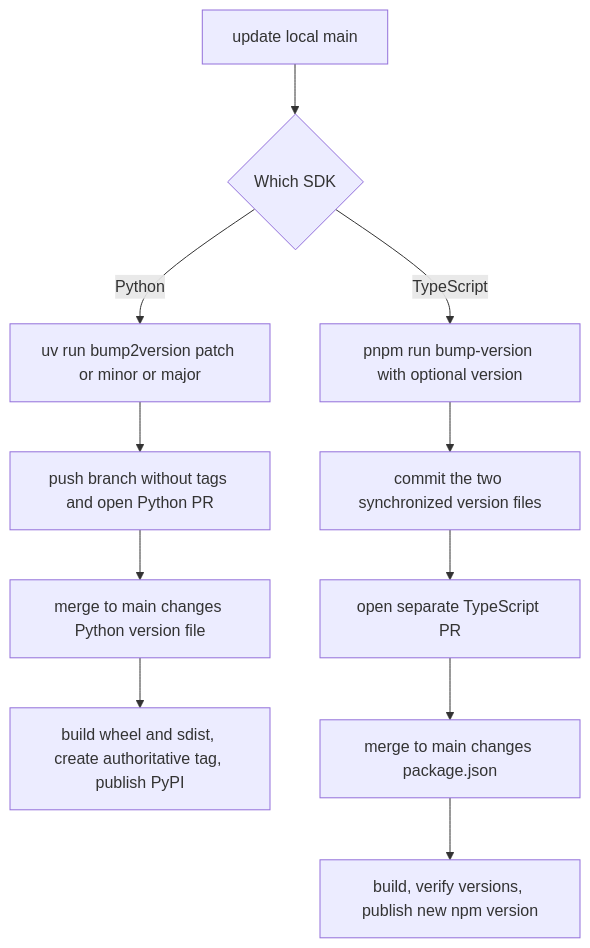
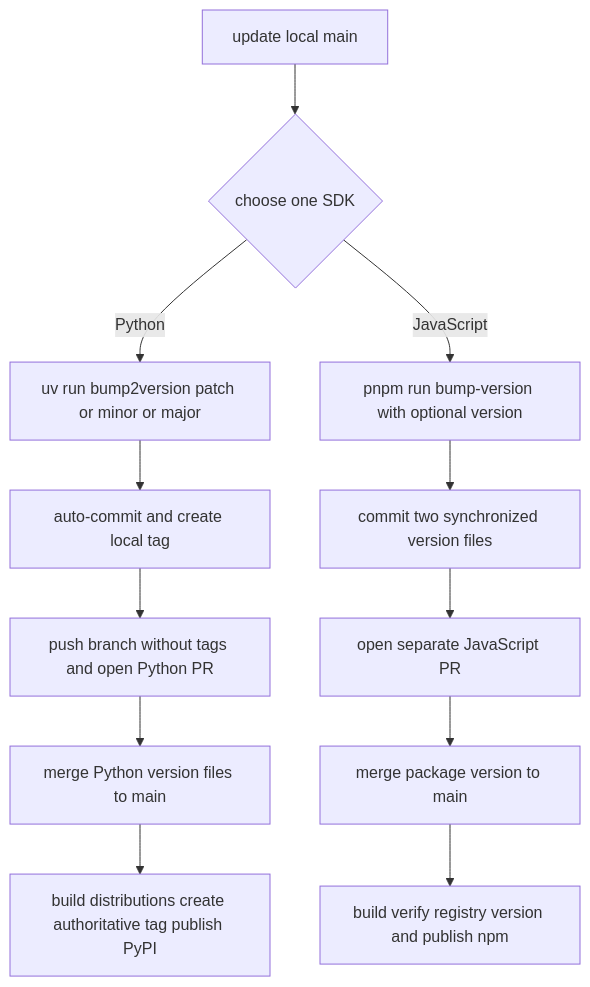
Before and after one commit to langchain-ai/langsmith-sdk: the fourth of 4 diagrams in openwiki/operations/development-and-release.md, drawn with Mermaid. The commit also changed other lines of this file and 34 other files, not shown here.

````diff
--- a/openwiki/operations/development-and-release.md
+++ b/openwiki/operations/development-and-release.md
@@ -163,13 +228,14 @@
 ```mermaid
 flowchart TD
-    Main["update local main"] --> Choose{"Which SDK"}
-    Choose -->|Python| PyBump["uv run bump2version patch or minor or major"]
-    PyBump --> PyPR["push branch without tags and open Python PR"]
-    PyPR --> PyMerge["merge to main changes Python version file"]
-    PyMerge --> PyFlow["build wheel and sdist, create authoritative tag, publish PyPI"]
-    Choose -->|TypeScript| JsBump["pnpm run bump-version with optional version"]
-    JsBump --> JsCommit["commit the two synchronized version files"]
-    JsCommit --> JsPR["open separate TypeScript PR"]
-    JsPR --> JsMerge["merge to main changes package.json"]
-    JsMerge --> JsFlow["build, verify versions, publish new npm version"]
+    Main["update local main"] --> Choice{"choose one SDK"}
+    Choice -->|Python| PyBump["uv run bump2version patch or minor or major"]
+    PyBump --> PyLocal["auto-commit and create local tag"]
+    PyLocal --> PyPR["push branch without tags and open Python PR"]
+    PyPR --> PyMerge["merge Python version files to main"]
+    PyMerge --> PyRelease["build distributions create authoritative tag publish PyPI"]
+    Choice -->|JavaScript| JsBump["pnpm run bump-version with optional version"]
+    JsBump --> JsCommit["commit two synchronized version files"]
+    JsCommit --> JsPR["open separate JavaScript PR"]
+    JsPR --> JsMerge["merge package version to main"]
+    JsMerge --> JsRelease["build verify registry version and publish npm"]
 ```
````
